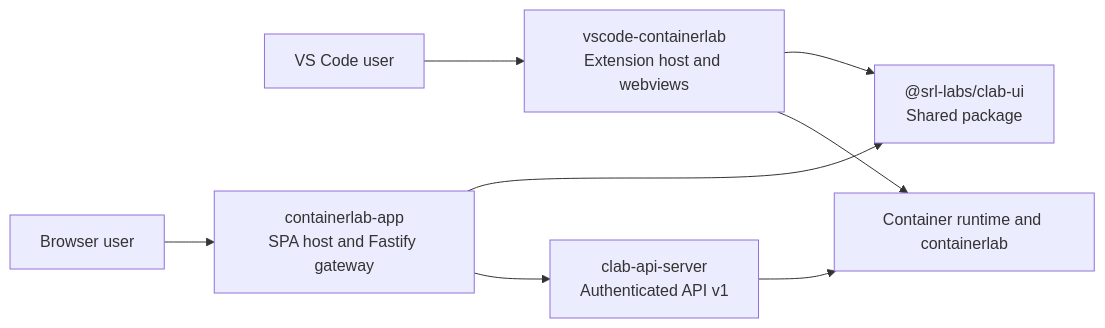
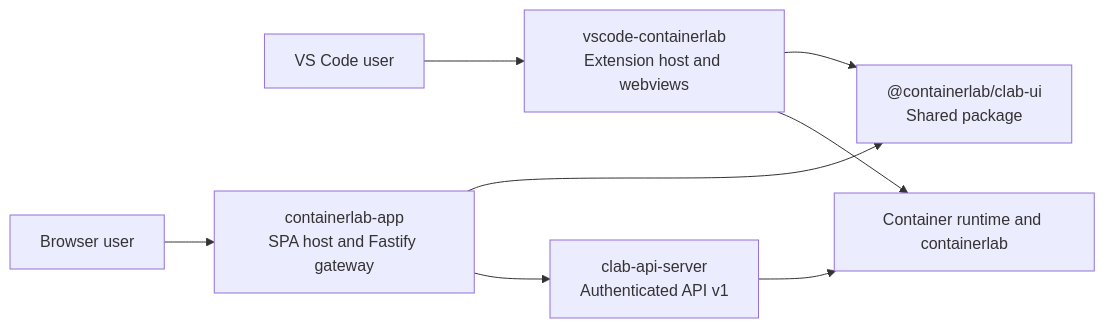
One commit to srl-labs/containerlab-app changed the diagram in packages/clab-ui/docs/index.md. Above: the diagram before and after it, drawn with Mermaid. The commit also changed other lines of this file and 132 other files, not shown here.

````diff
--- a/packages/clab-ui/docs/index.md
+++ b/packages/clab-ui/docs/index.md
@@ -48,18 +48,18 @@
 ```mermaid
 flowchart LR
     U1["Browser user"]
     U2["VS Code user"]
     WEB["containerlab-app\nSPA host and Fastify gateway"]
     VSC["vscode-containerlab\nExtension host and webviews"]
-    UI["@srl-labs/clab-ui\nShared package"]
+    UI["@containerlab/clab-ui\nShared package"]
     API["clab-api-server\nAuthenticated API v1"]
     RT["Container runtime and containerlab"]
 
     U1 --> WEB
     U2 --> VSC
     WEB --> UI
     VSC --> UI
     WEB --> API
     API --> RT
     VSC --> RT
 ```
````
